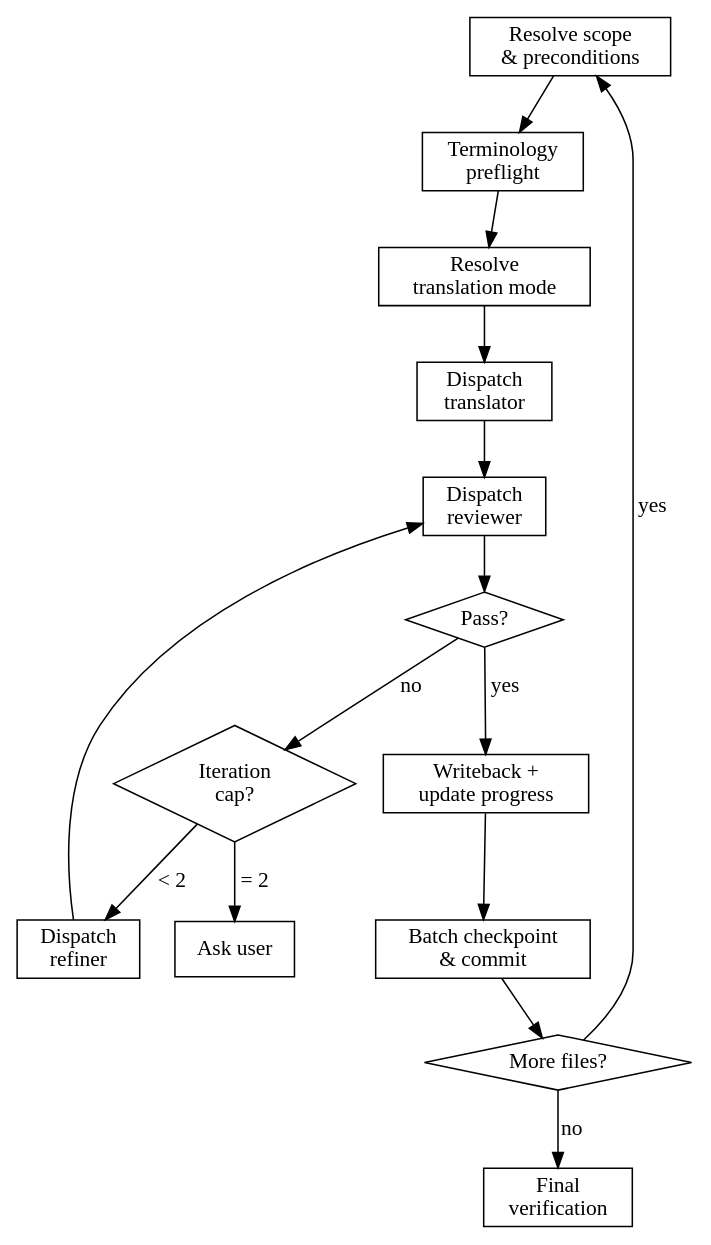
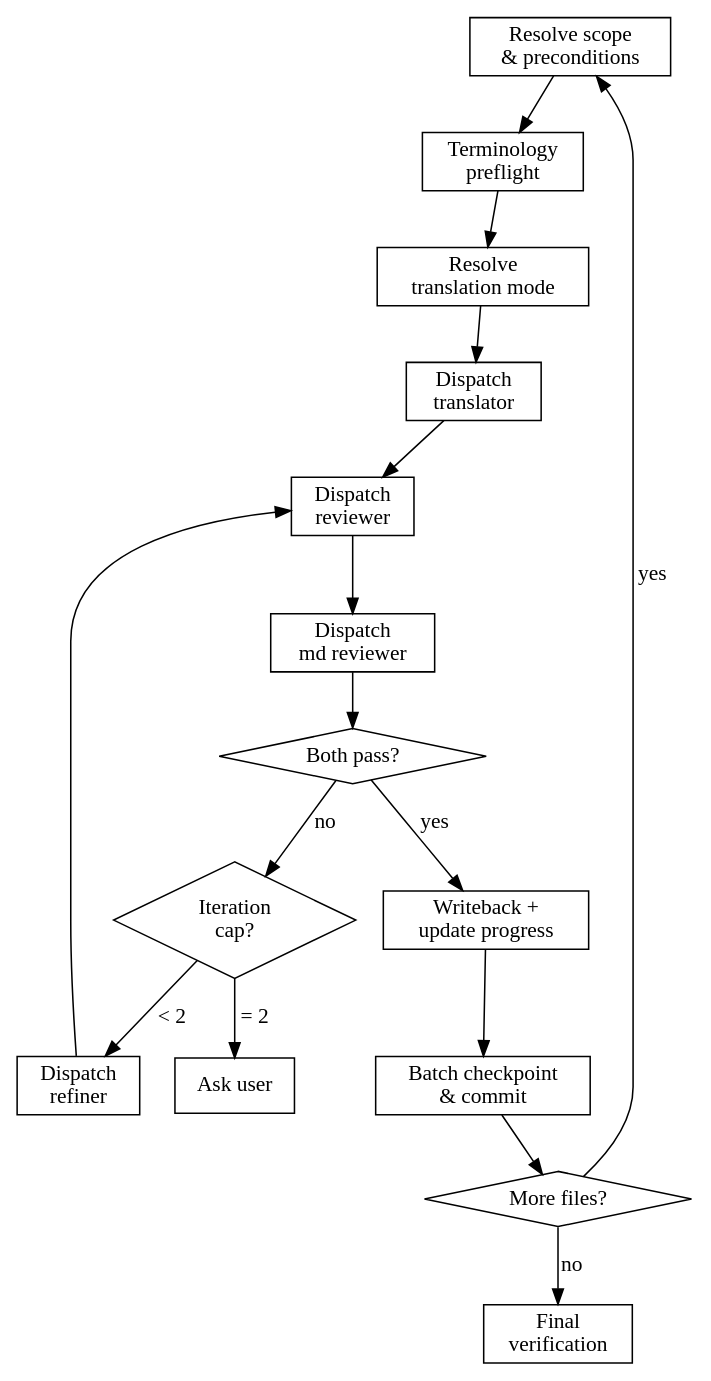
Before and after one commit to tool-jx3/game-doc-template: the diagram in .claude/skills/super-translate/SKILL.md, drawn with Graphviz. The commit also changed other lines of this file and 13 other files, not shown here.

````diff
--- a/.claude/skills/super-translate/SKILL.md
+++ b/.claude/skills/super-translate/SKILL.md
@@ -151,31 +155,33 @@
 ```dot
 digraph super_translate {
     rankdir=TB;
     start [label="Resolve scope\n& preconditions", shape=box];
     preflight [label="Terminology\npreflight", shape=box];
     mode [label="Resolve\ntranslation mode", shape=box];
     translate [label="Dispatch\ntranslator", shape=box];
     review [label="Dispatch\nreviewer", shape=box];
-    pass [label="Pass?", shape=diamond];
+    mdreview [label="Dispatch\nmd reviewer", shape=box];
+    pass [label="Both pass?", shape=diamond];
     refine [label="Dispatch\nrefiner", shape=box];
     cap [label="Iteration\ncap?", shape=diamond];
     writeback [label="Writeback +\nupdate progress", shape=box];
     ask [label="Ask user", shape=box];
     checkpoint [label="Batch checkpoint\n& commit", shape=box];
     more [label="More files?", shape=diamond];
     verify [label="Final\nverification", shape=box];
 
     start -> preflight -> mode -> translate;
     translate -> review;
-    review -> pass;
+    review -> mdreview;
+    mdreview -> pass;
     pass -> writeback [label="yes"];
     pass -> cap [label="no"];
     cap -> refine [label="< 2"];
     cap -> ask [label="= 2"];
     refine -> review;
     writeback -> checkpoint;
     checkpoint -> more;
     more -> start [label="yes"];
     more -> verify [label="no"];
 }
 ```
````
